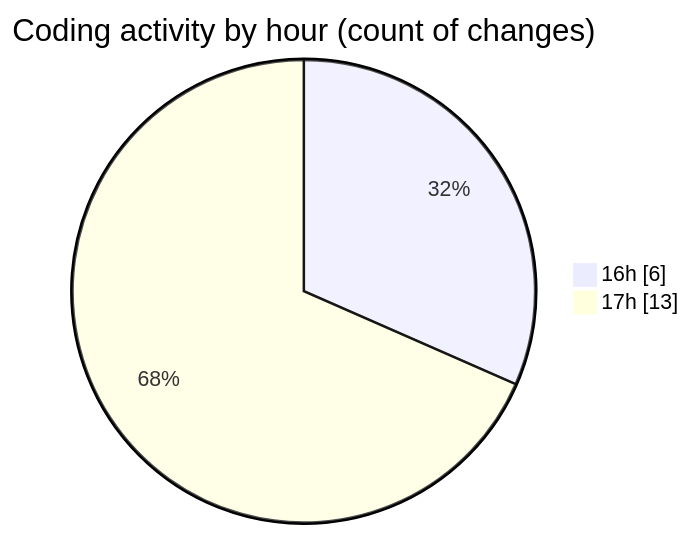
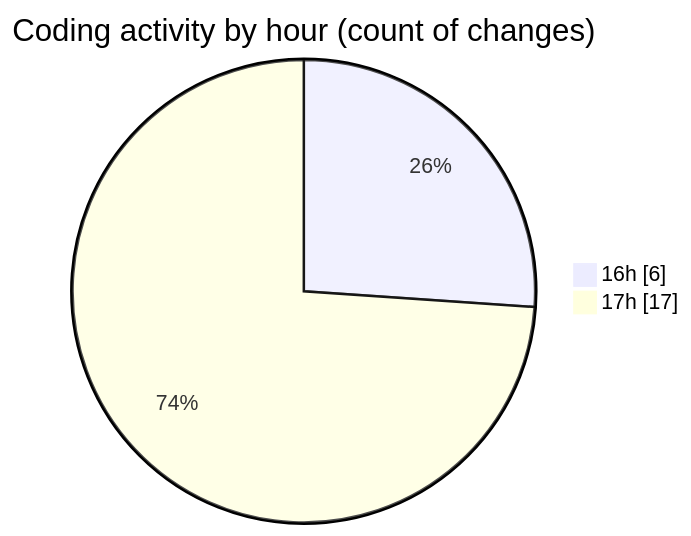
The second of 2 diagrams in 2025-06-24/scopecraft/README.md (Ritupan-Deka/code-tracking), drawn with Mermaid before and after one commit. The commit also changed other lines of this file and 1 other file, not shown here.

````diff
--- a/2025-06-24/scopecraft/README.md
+++ b/2025-06-24/scopecraft/README.md
@@ -32,6 +32,6 @@
 ```mermaid
 pie showData
 title Coding activity by hour (count of changes)
 "16h" : 6
-"17h" : 13
+"17h" : 17
 ```
````
